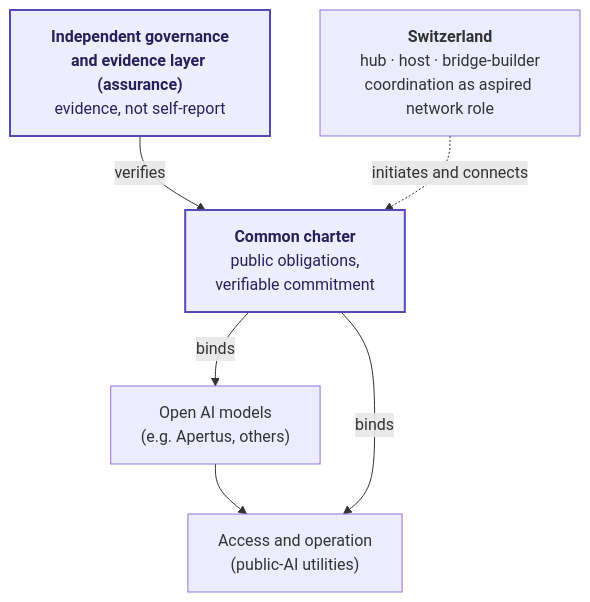
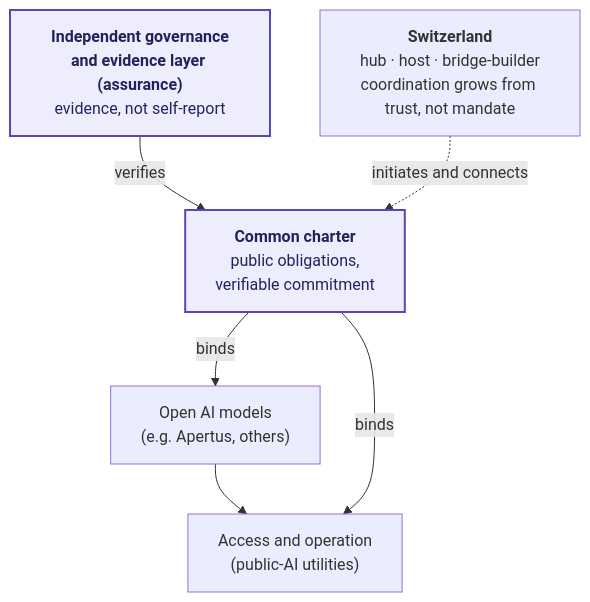
Before and after one commit to robertschaub/our-ai-charter: the diagram in docs/Outreach/impulsprogramm-sprint-presentation.en.md, drawn with Mermaid. The commit also changed other lines of this file and 8 other files, not shown here.

Commit message:
docs: sharpen coordination-role wording (grows from trust and neutrality, not a mandate)

````diff
--- a/docs/Outreach/impulsprogramm-sprint-presentation.en.md
+++ b/docs/Outreach/impulsprogramm-sprint-presentation.en.md
@@ -31,17 +31,17 @@
 ```mermaid
 flowchart TB
   M["Open AI models<br/>(e.g. Apertus, others)"]
   A["Access and operation<br/>(public-AI utilities)"]
   C["<b>Common charter</b><br/>public obligations,<br/>verifiable commitment"]
   E["<b>Independent governance<br/>and evidence layer (assurance)</b><br/>evidence, not self-report"]
-  CH["<b>Switzerland</b><br/>hub · host · bridge-builder<br/>coordination as aspired network role"]
+  CH["<b>Switzerland</b><br/>hub · host · bridge-builder<br/>coordination grows from trust, not mandate"]
 
   M --> A
   C -->|binds| M
   C -->|binds| A
   E -->|verifies| C
   CH -.->|initiates and connects| C
 
   classDef hl fill:#EEEDFE,stroke:#534AB7,stroke-width:2px,color:#26215C;
   class C,E hl;
 ```
````
